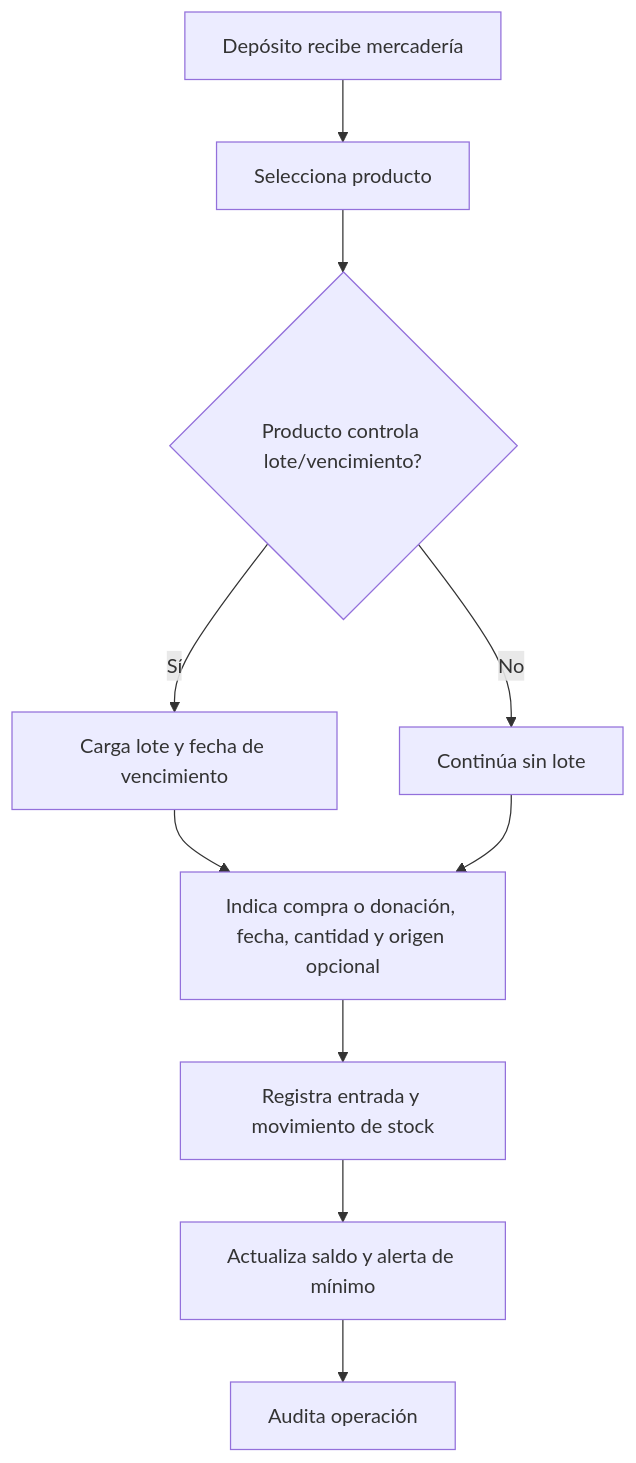
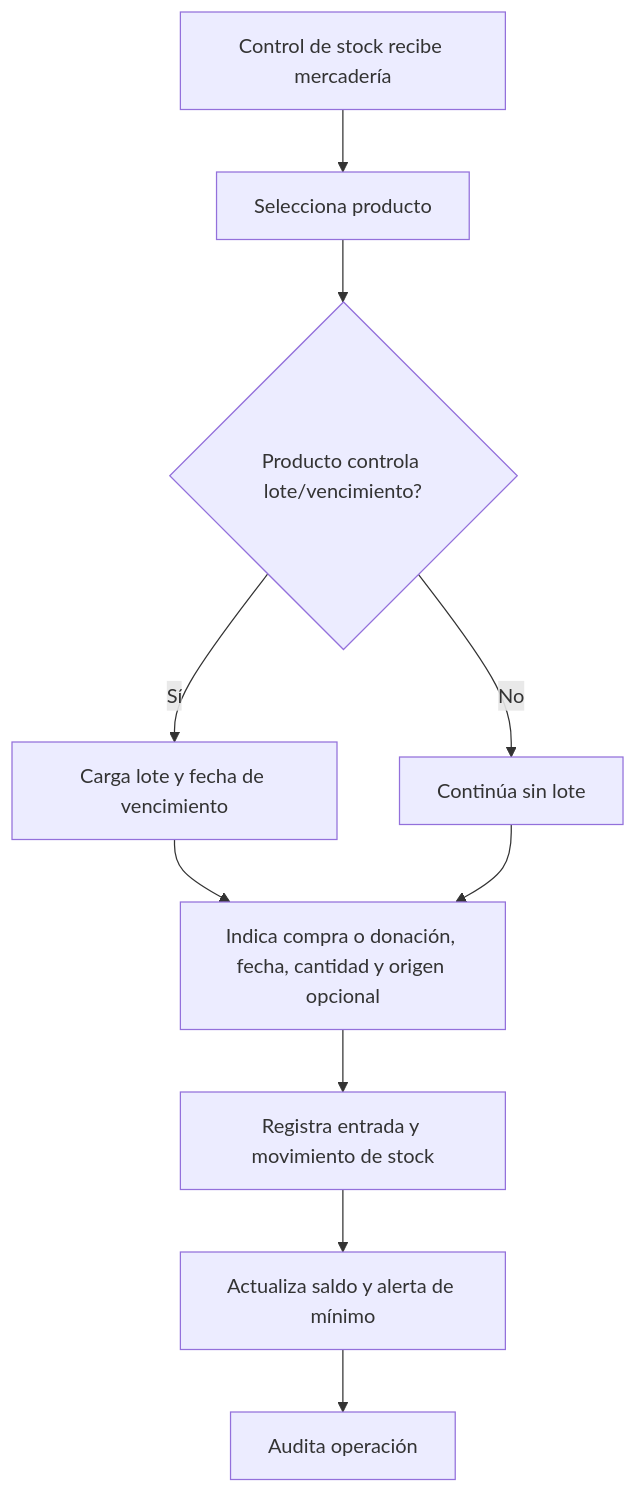
One commit to MuniSanBenito/SIGAS changed the fourth of 9 diagrams in docs/05-FLUJOS-DE-PROCESOS.md. Above: the diagram before and after it, drawn with Mermaid. The commit also changed other lines of this file and 21 other files, not shown here.

Commit message:
feat: rename roles from "Depósito/Gestión de grupos" to "Control de stock/Administración" and restrict delivery confirmation to admin

````diff
--- a/docs/05-FLUJOS-DE-PROCESOS.md
+++ b/docs/05-FLUJOS-DE-PROCESOS.md
@@ -58,12 +58,12 @@
 ```mermaid
 flowchart TD
-    A[Depósito recibe mercadería] --> B[Selecciona producto]
+    A[Control de stock recibe mercadería] --> B[Selecciona producto]
     B --> C{Producto controla lote/vencimiento?}
     C -- Sí --> D[Carga lote y fecha de vencimiento]
     C -- No --> E[Continúa sin lote]
     D --> F[Indica compra o donación, fecha, cantidad y origen opcional]
     E --> F
     F --> G[Registra entrada y movimiento de stock]
     G --> H[Actualiza saldo y alerta de mínimo]
     H --> I[Audita operación]
 ```
````
